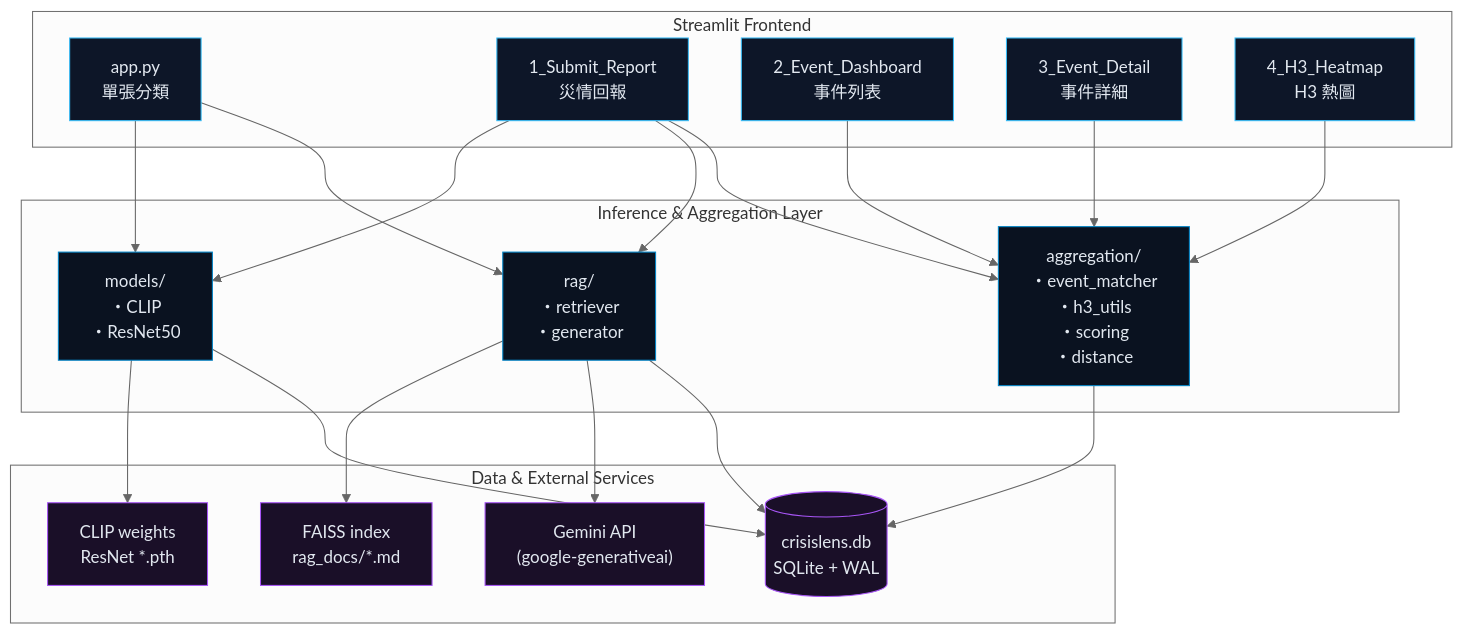
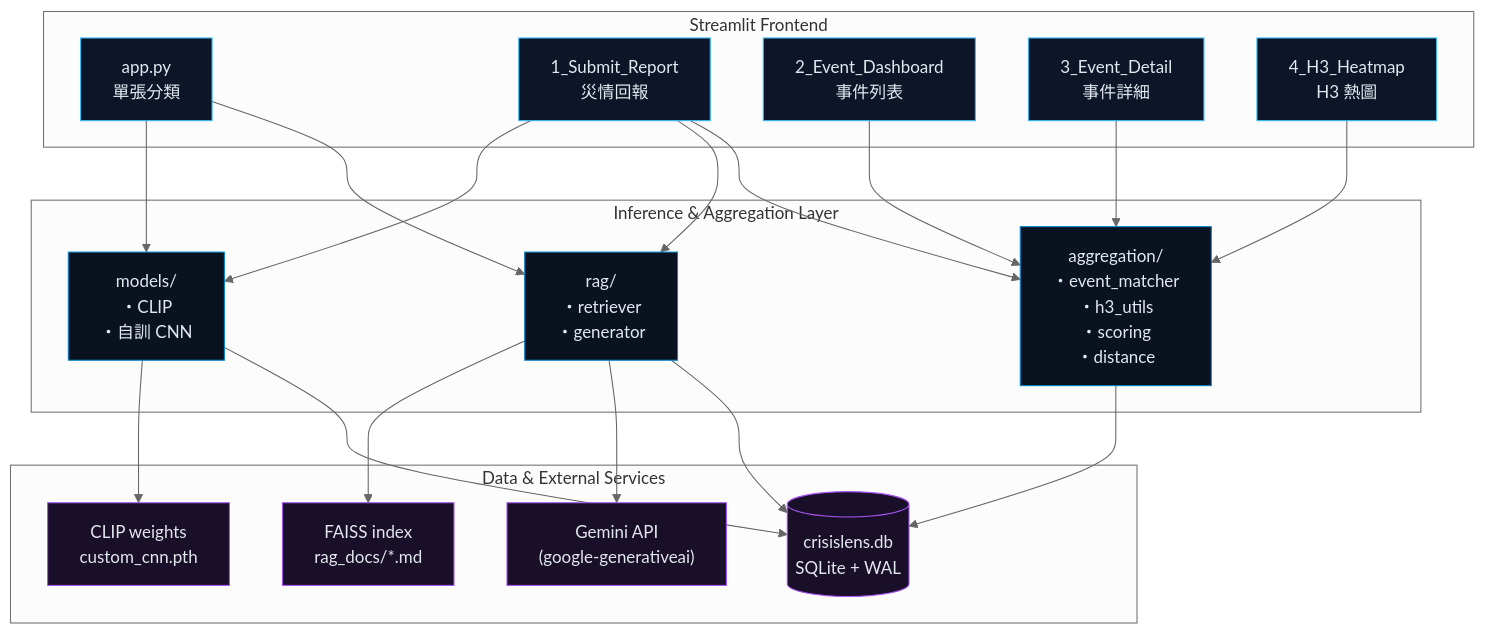
Before and after one commit to YUNcloud03/CrisisLens: the first of 3 diagrams in README.md, drawn with Mermaid (neutral theme). The commit also changed other lines of this file, not shown here.

First line of the commit message:
docs(readme): 對齊 feature/custom-cnn 的所有變動

````diff
--- a/README.md
+++ b/README.md
@@ -49,46 +49,46 @@
 ```mermaid
 flowchart TB
     subgraph UI["Streamlit Frontend"]
         A1["app.py<br/>單張分類"]
         A2["1_Submit_Report<br/>災情回報"]
         A3["2_Event_Dashboard<br/>事件列表"]
         A4["3_Event_Detail<br/>事件詳細"]
         A5["4_H3_Heatmap<br/>H3 熱圖"]
     end
 
     subgraph Logic["Inference & Aggregation Layer"]
-        M["models/<br/>・CLIP<br/>・ResNet50"]
+        M["models/<br/>・CLIP<br/>・自訓 CNN"]
         R["rag/<br/>・retriever<br/>・generator"]
         G["aggregation/<br/>・event_matcher<br/>・h3_utils<br/>・scoring<br/>・distance"]
     end
 
     subgraph Storage["Data & External Services"]
-        W["CLIP weights<br/>ResNet *.pth"]
+        W["CLIP weights<br/>custom_cnn.pth"]
         F["FAISS index<br/>rag_docs/*.md"]
         K["Gemini API<br/>(google-generativeai)"]
         D[("crisislens.db<br/>SQLite + WAL")]
     end
 
     A1 --> M
     A1 --> R
     A2 --> M
     A2 --> R
     A2 --> G
     A3 --> G
     A4 --> G
     A5 --> G
 
     M --> W
     R --> F
     R --> K
     G --> D
     M --> D
     R --> D
 
     classDef ui fill:#0d1628,stroke:#38bdf8,color:#e2e8f0
     classDef logic fill:#0a1220,stroke:#0284c7,color:#e2e8f0
     classDef store fill:#1a0f28,stroke:#a855f7,color:#e2e8f0
     class A1,A2,A3,A4,A5 ui
     class M,R,G logic
     class W,F,K,D store
 ```
````
